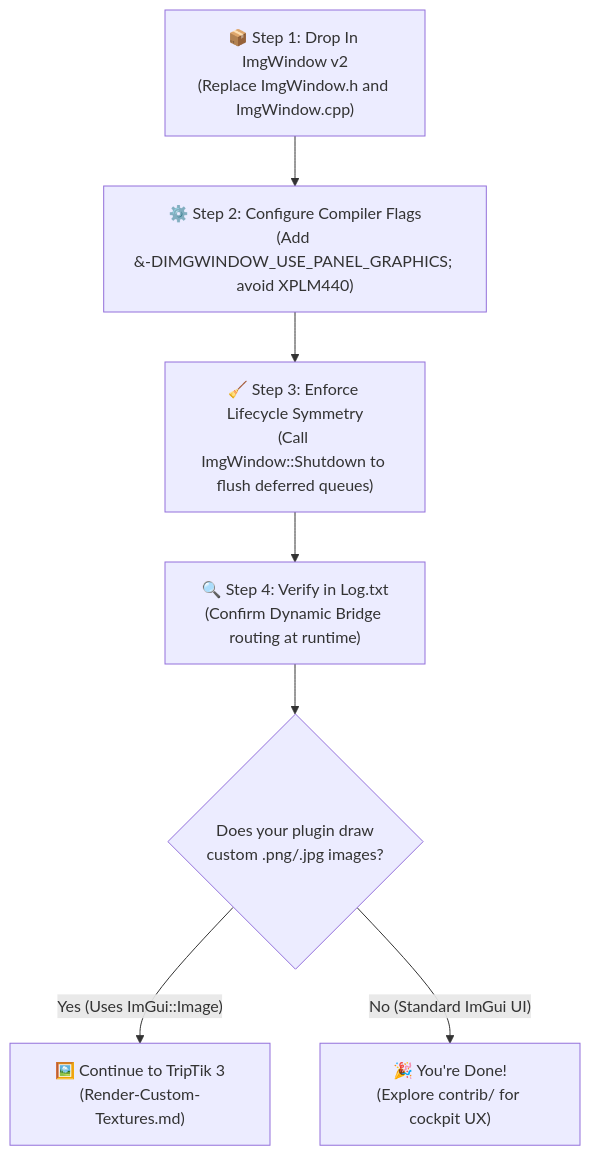
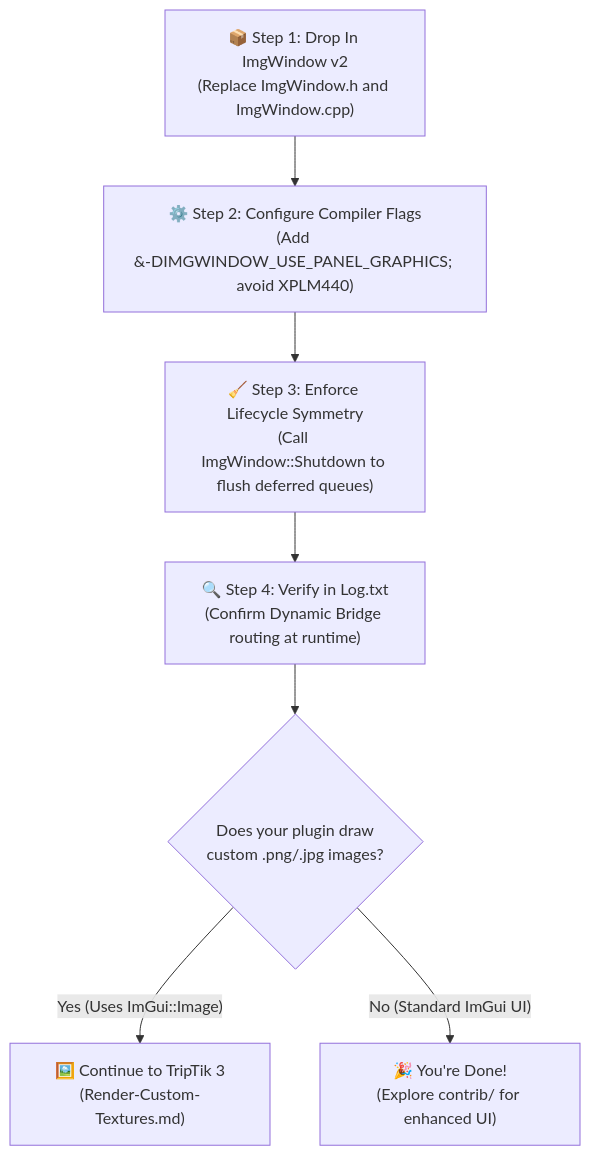
One commit to slgoldberg/ImgWindow changed the diagram in docs/how-to/Support-Panel-Graphics.md. Above: the diagram before and after it, drawn with Mermaid. The commit also changed 2 other files, not shown here.

Commit message:
docs: Align TripTik numbering and add Font Awesome icon integration
- Add Font Awesome 5 icon macros and tip to custom title bar in TripTik 1
- Align What's Next subsections: #2 maps to TripTik 2, #3 maps to TripTik 3
- Update root README and TripTik 2 labels to reflect enhanced UI controls

````diff
--- a/docs/how-to/Support-Panel-Graphics.md
+++ b/docs/how-to/Support-Panel-Graphics.md
@@ -14,12 +14,12 @@
 ```mermaid
 flowchart TD
     Stop1["📦 Step 1: Drop In ImgWindow v2\n(Replace ImgWindow.h and ImgWindow.cpp)"]
     Stop2["⚙️ Step 2: Configure Compiler Flags\n(Add &#8209;DIMGWINDOW_USE_PANEL_GRAPHICS; avoid XPLM440)"]
     Stop3["🧹 Step 3: Enforce Lifecycle Symmetry\n(Call ImgWindow::Shutdown to flush deferred queues)"]
     Stop4["🔍 Step 4: Verify in Log.txt\n(Confirm Dynamic Bridge routing at runtime)"]
     Fork{"Does your plugin draw\ncustom .png/.jpg images?"}
 
     Stop1 --> Stop2 --> Stop3 --> Stop4 --> Fork
     Fork -->|"Yes (Uses ImGui::Image)"| Stop5["🖼️ Continue to TripTik 3\n(Render-Custom-Textures.md)"]
-    Fork -->|"No (Standard ImGui UI)"| Stop6["🎉 You're Done!\n(Explore contrib/ for cockpit UX)"]
+    Fork -->|"No (Standard ImGui UI)"| Stop6["🎉 You're Done!\n(Explore contrib/ for enhanced UI)"]
 ```
````
